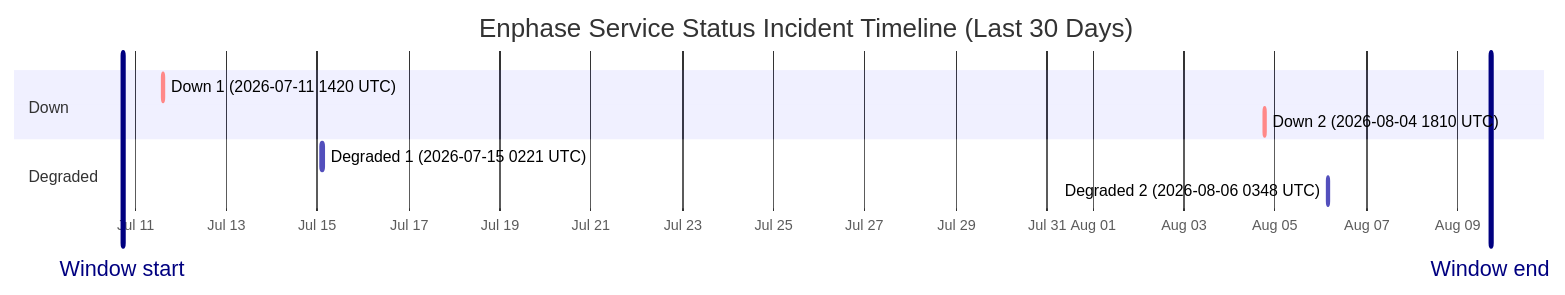
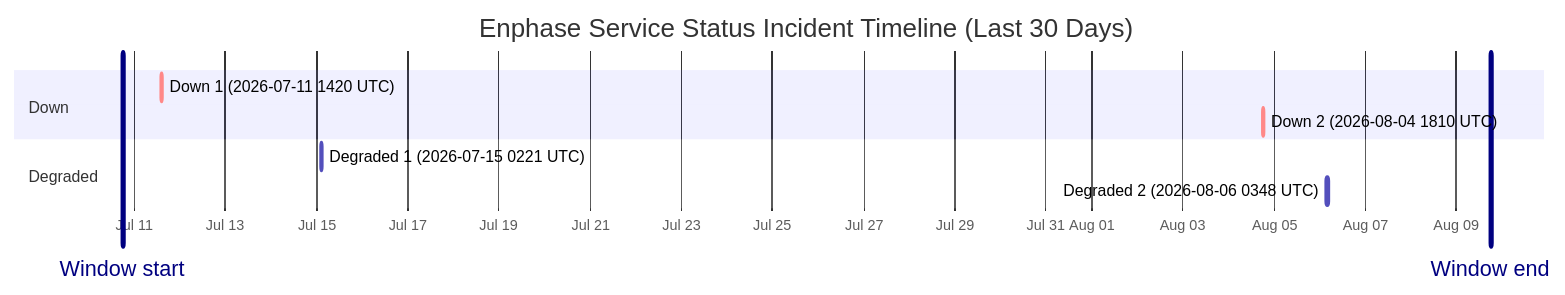
One commit to barneyonline/ha-enphase-energy changed the diagram in wiki/Service-Status-History.md. Above: the diagram before and after it, drawn with Mermaid. The commit also changed other lines of this file and 3 other files, not shown here.

````diff
--- a/wiki/Service-Status-History.md
+++ b/wiki/Service-Status-History.md
@@ -14,14 +14,14 @@
 ```mermaid
 gantt
     title Enphase Service Status Incident Timeline (Last 30 Days)
     dateFormat  YYYY-MM-DDTHH:mm:ss
     axisFormat  %b %d
-    Window start :vert, window-start, 2026-07-10T17:29:39, 0ms
-    Window end :vert, window-end, 2026-08-09T17:29:39, 0ms
+    Window start :vert, window-start, 2026-07-10T18:01:03, 0ms
+    Window end :vert, window-end, 2026-08-09T18:01:03, 0ms
     section Down
     Down 1 (2026-07-11 1420 UTC) :crit, down-1, 2026-07-11T14:20:54, 69m
     Down 2 (2026-08-04 1810 UTC) :crit, down-2, 2026-08-04T18:10:46, 60m
     section Degraded
     Degraded 1 (2026-07-15 0221 UTC) :active, degraded-1, 2026-07-15T02:21:35, 60m
     Degraded 2 (2026-08-06 0348 UTC) :active, degraded-2, 2026-08-06T03:48:14, 60m
 ```
````
